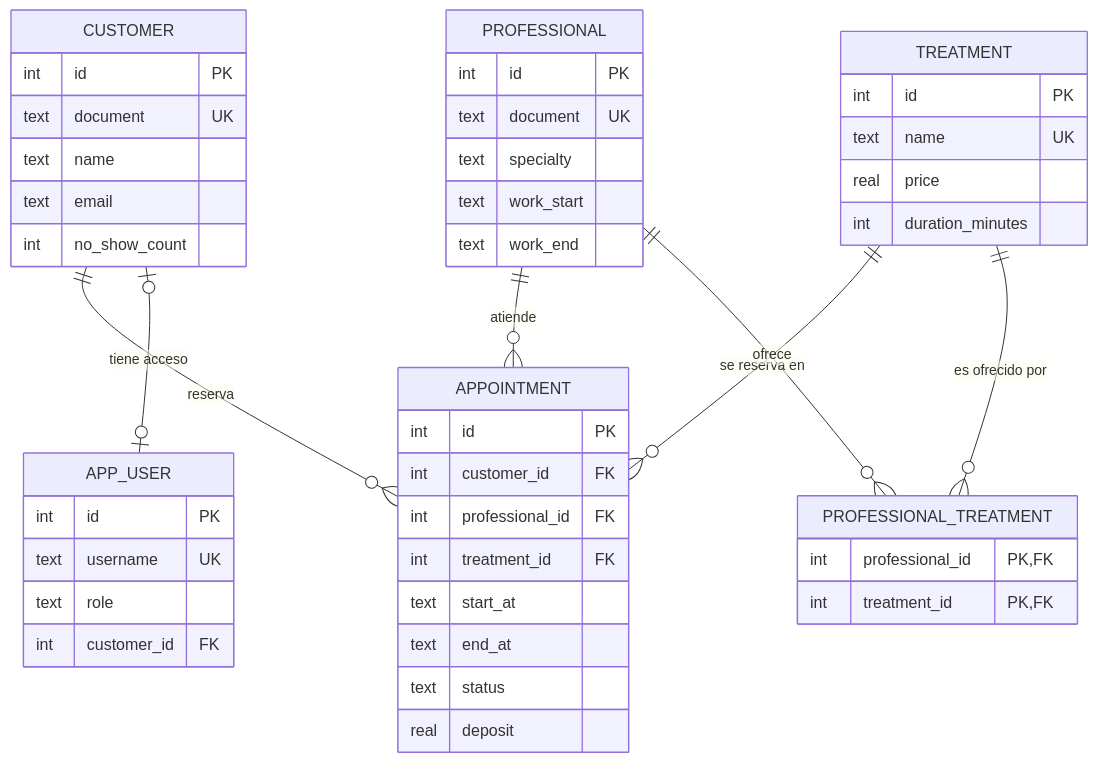
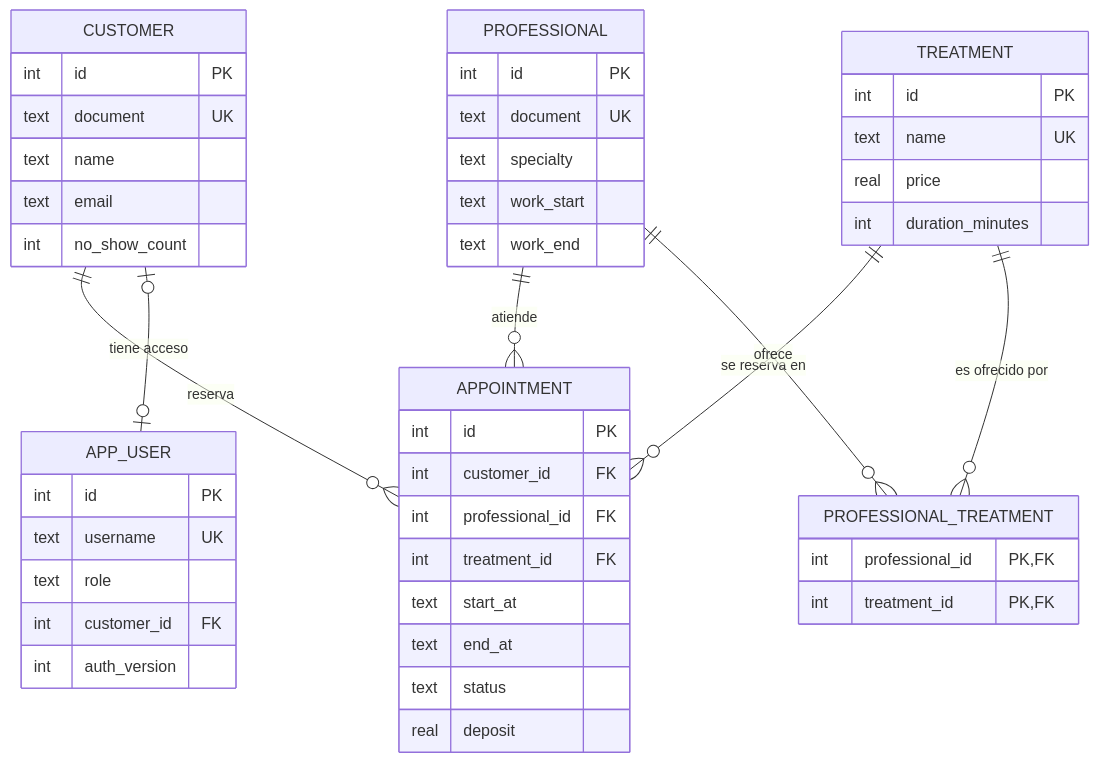
One commit to samueldrangel/maison-glow changed the first of 3 diagrams in docs/fase4/modelo-entidad-relacion.md. Above: the diagram before and after it, drawn with Mermaid. The commit also changed other lines of this file and 21 other files, not shown here.

````diff
--- a/docs/fase4/modelo-entidad-relacion.md
+++ b/docs/fase4/modelo-entidad-relacion.md
@@ -29,50 +31,51 @@
 ```mermaid
 erDiagram
     CUSTOMER ||--o{ APPOINTMENT : "reserva"
     PROFESSIONAL ||--o{ APPOINTMENT : "atiende"
     TREATMENT ||--o{ APPOINTMENT : "se reserva en"
     PROFESSIONAL ||--o{ PROFESSIONAL_TREATMENT : "ofrece"
     TREATMENT ||--o{ PROFESSIONAL_TREATMENT : "es ofrecido por"
     CUSTOMER |o--o| APP_USER : "tiene acceso"
 
     CUSTOMER {
         int id PK
         text document UK
         text name
         text email
         int no_show_count
     }
     PROFESSIONAL {
         int id PK
         text document UK
         text specialty
         text work_start
         text work_end
     }
     TREATMENT {
         int id PK
         text name UK
         real price
         int duration_minutes
     }
     PROFESSIONAL_TREATMENT {
         int professional_id PK, FK
         int treatment_id PK, FK
     }
     APPOINTMENT {
         int id PK
         int customer_id FK
         int professional_id FK
         int treatment_id FK
         text start_at
         text end_at
         text status
         real deposit
     }
     APP_USER {
         int id PK
         text username UK
         text role
         int customer_id FK
+        int auth_version
     }
 ```
````
